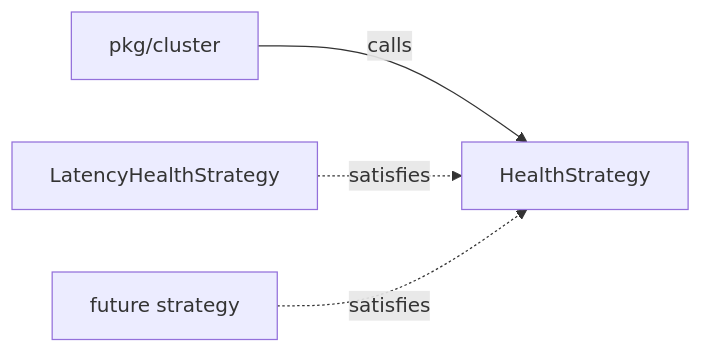
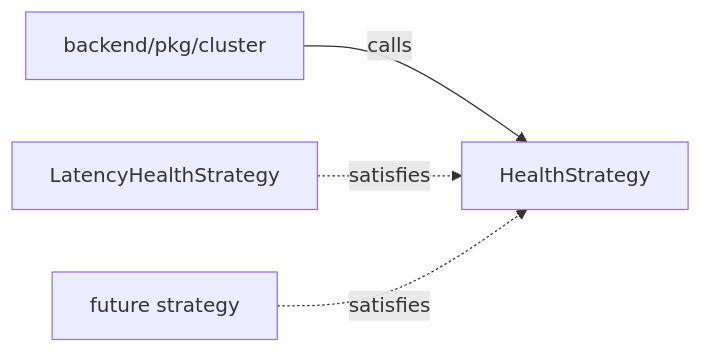
Before and after one commit to Aditya-Jyoti/swarm-communication: the diagram in docs/concepts/interface-polymorphism.md, drawn with Mermaid. The commit also changed 5 other files, not shown here.

````diff
--- a/docs/concepts/interface-polymorphism.md
+++ b/docs/concepts/interface-polymorphism.md
@@ -46,6 +46,6 @@
 ```mermaid
 flowchart LR
-    C[pkg/cluster] -->|calls| I[HealthStrategy]
+    C[backend/pkg/cluster] -->|calls| I[HealthStrategy]
     L[LatencyHealthStrategy] -.->|satisfies| I
     X[future strategy] -.->|satisfies| I
 ```
````
